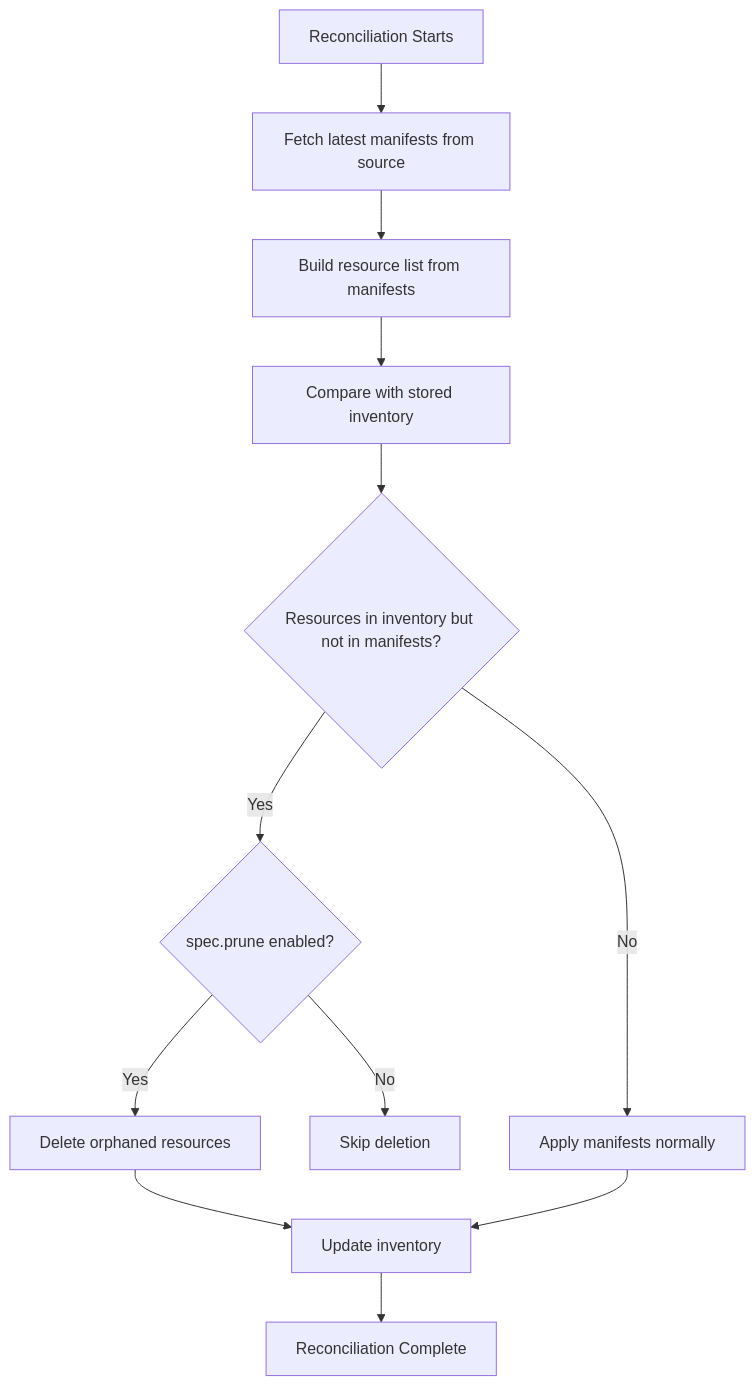
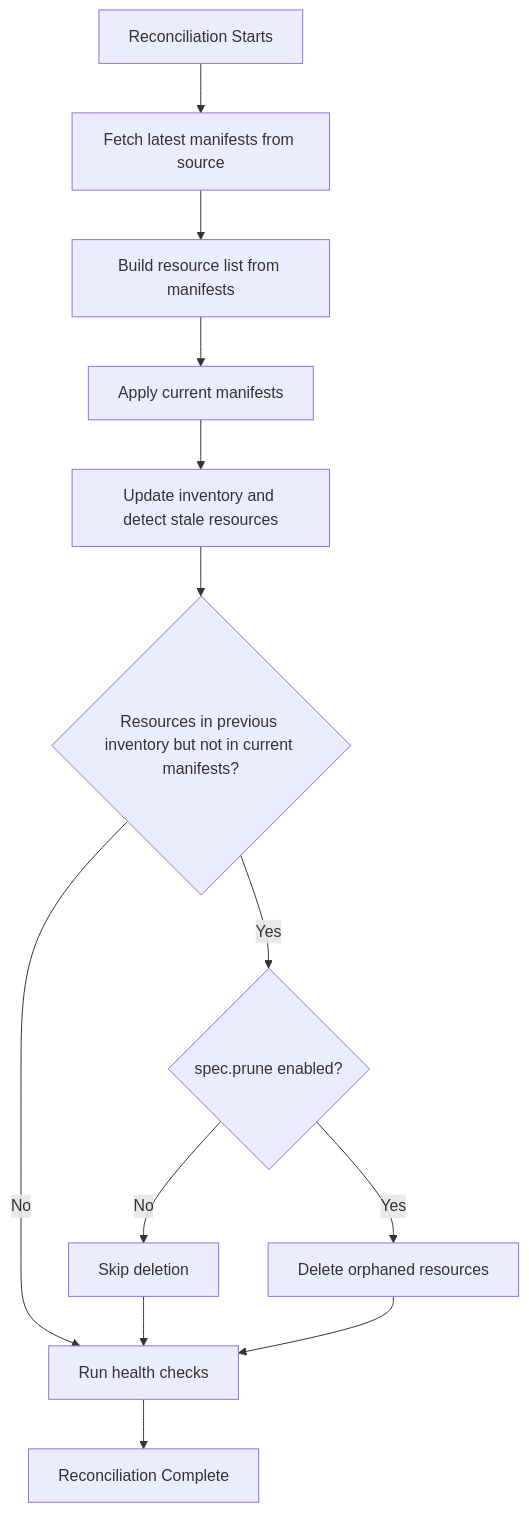
Before and after one commit to OneUptime/blog: the second of 2 diagrams in posts/2026-03-05-flux-cd-garbage-collection/README.md, drawn with Mermaid. The commit also changed other lines of this file and 2 other files, not shown here.

Commit message:
validate: 2026-03-05-flux-cd-garbage-collection

````diff
--- a/posts/2026-03-05-flux-cd-garbage-collection/README.md
+++ b/posts/2026-03-05-flux-cd-garbage-collection/README.md
@@ -91,14 +91,15 @@
 ```mermaid
 flowchart TD
     A[Reconciliation Starts] --> B[Fetch latest manifests from source]
     B --> C[Build resource list from manifests]
-    C --> D[Compare with stored inventory]
-    D --> E{Resources in inventory but not in manifests?}
-    E -->|No| F[Apply manifests normally]
-    E -->|Yes| G{spec.prune enabled?}
+    C --> D[Apply current manifests]
+    D --> E[Update inventory and detect stale resources]
+    E --> F{Resources in previous inventory but not in current manifests?}
+    F -->|No| J[Run health checks]
+    F -->|Yes| G{spec.prune enabled?}
     G -->|No| H[Skip deletion]
     G -->|Yes| I[Delete orphaned resources]
-    I --> J[Update inventory]
-    F --> J
+    H --> J
+    I --> J
     J --> K[Reconciliation Complete]
 ```
````
